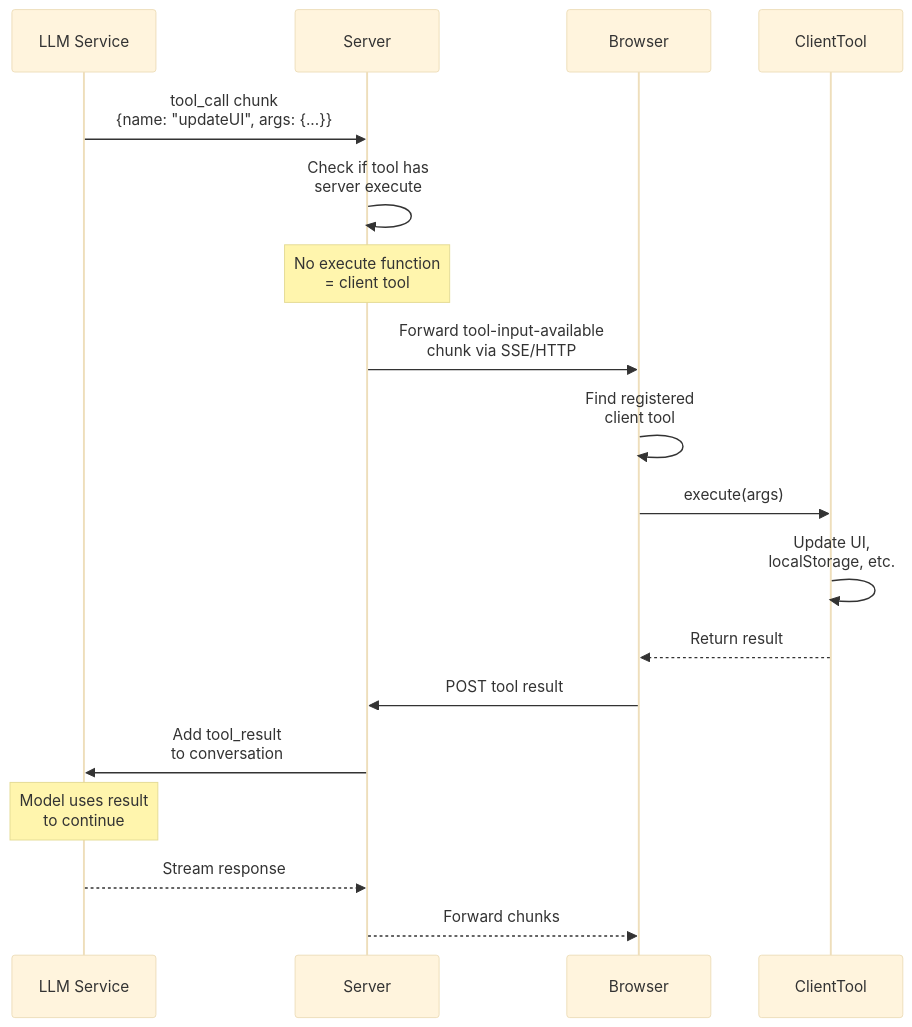
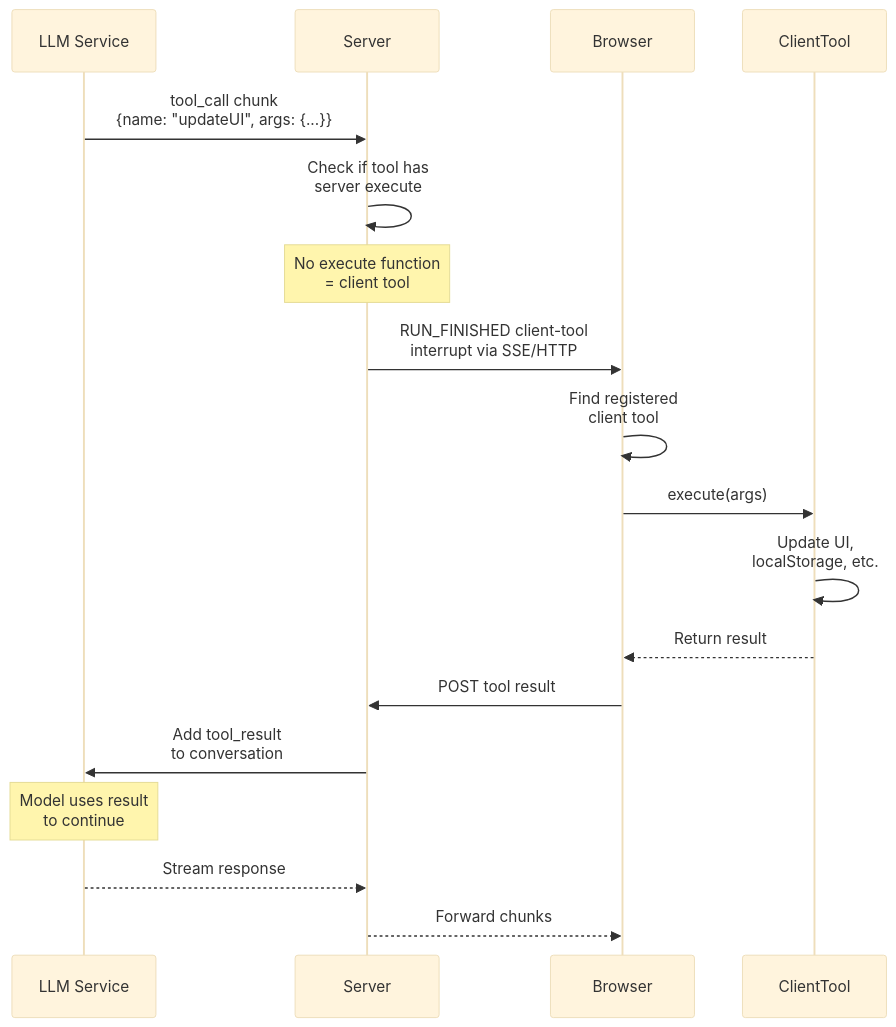
The diagram in docs/tools/client-tools.md (TanStack/ai), drawn with Mermaid (base theme) before and after one commit. The commit also changed other lines of this file and 137 other files, not shown here.

````diff
--- a/docs/tools/client-tools.md
+++ b/docs/tools/client-tools.md
@@ -18,25 +18,25 @@
 ```mermaid
 sequenceDiagram
     participant LLM Service
     participant Server
     participant Browser
     participant ClientTool
     
     LLM Service->>Server: tool_call chunk<br/>{name: "updateUI", args: {...}}
     Server->>Server: Check if tool has<br/>server execute
     
     Note over Server: No execute function<br/>= client tool
     
-    Server->>Browser: Forward tool-input-available<br/>chunk via SSE/HTTP
+    Server->>Browser: RUN_FINISHED client-tool<br/>interrupt via SSE/HTTP
     Browser->>Browser: Find registered<br/>client tool
     Browser->>ClientTool: execute(args)
     ClientTool->>ClientTool: Update UI,<br/>localStorage, etc.
     ClientTool-->>Browser: Return result
     Browser->>Server: POST tool result
     Server->>LLM Service: Add tool_result<br/>to conversation
     
     Note over LLM Service: Model uses result<br/>to continue
     
     LLM Service-->>Server: Stream response
     Server-->>Browser: Forward chunks
 ```
````
